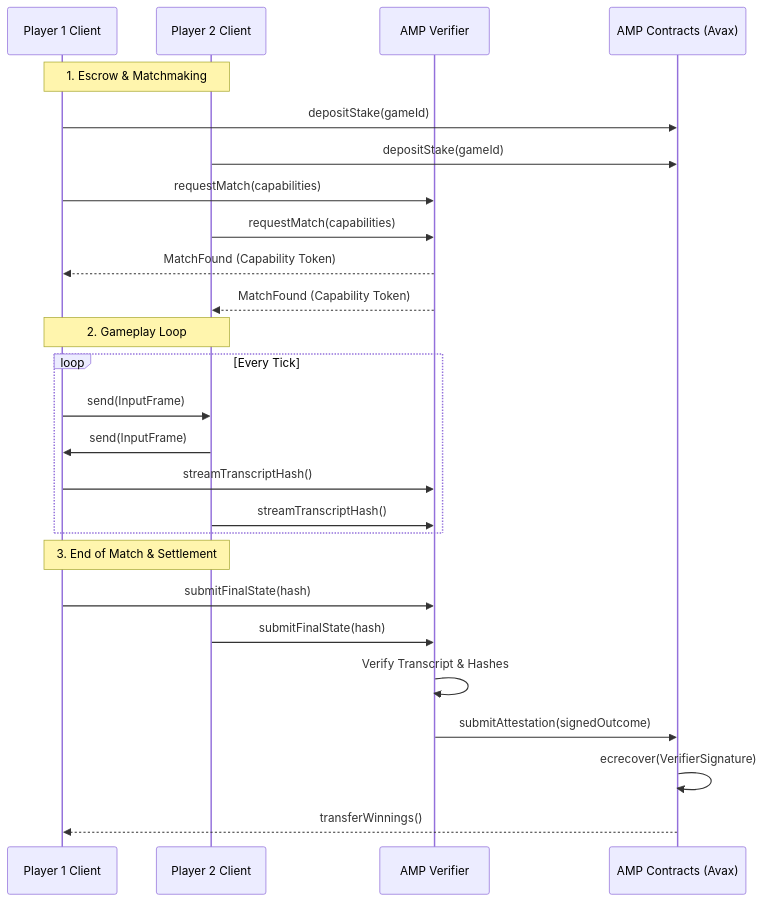
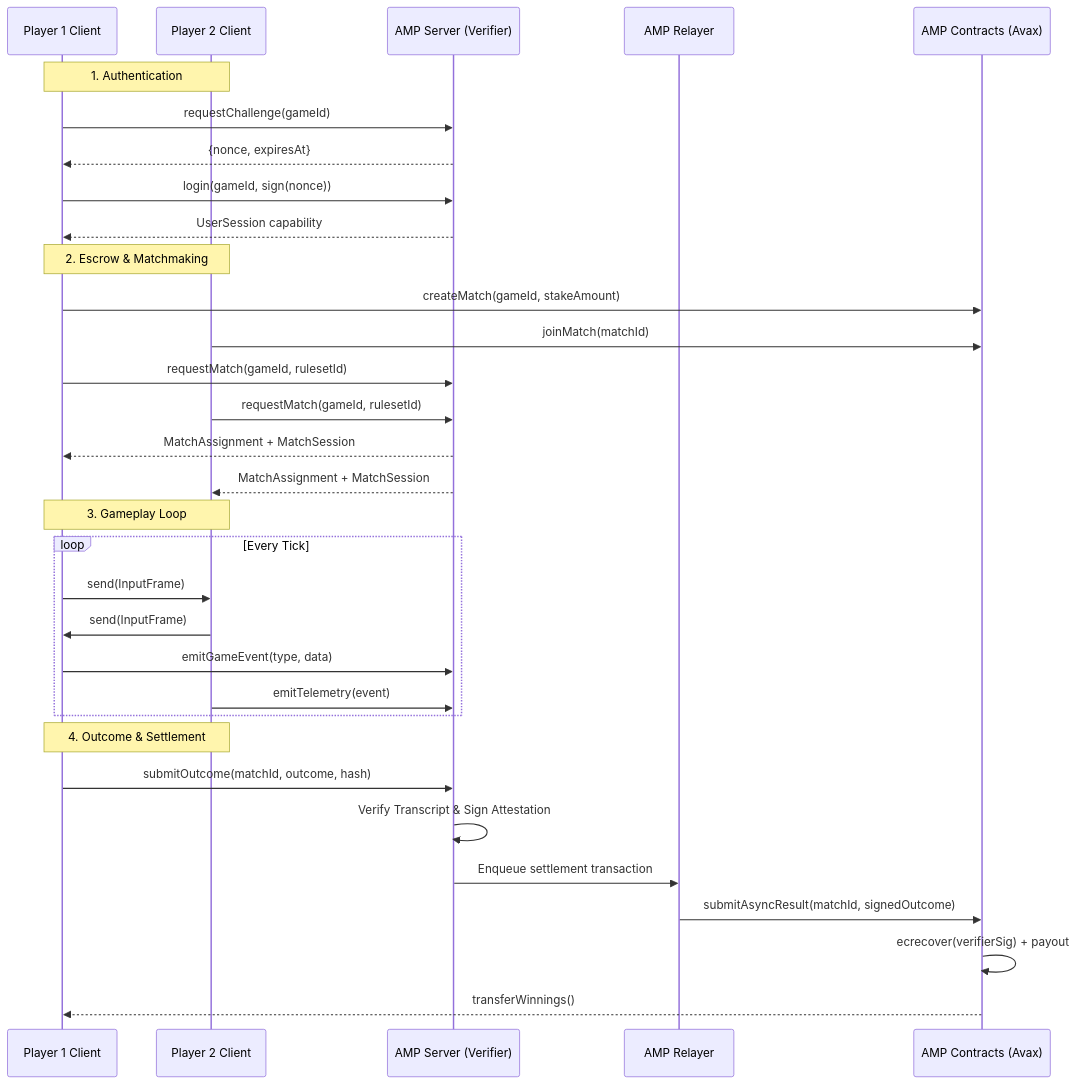
The diagram in docs/architecture.mdx (BradMyrick/Avalanche-Matchmaking-Protocol), drawn with Mermaid before and after one commit. The commit also changed other lines of this file and 19 other files, not shown here.

First line of the commit message:
Enhance AMP Documentation and Architecture

````diff
--- a/docs/architecture.mdx
+++ b/docs/architecture.mdx
@@ -56,33 +71,38 @@
 ```mermaid
 sequenceDiagram
     participant P1 as Player 1 Client
     participant P2 as Player 2 Client
-    participant V as AMP Verifier
+    participant V as AMP Server (Verifier)
+    participant R as AMP Relayer
     participant C as AMP Contracts (Avax)
 
-    Note over P1, P2: 1. Escrow & Matchmaking
-    P1->>C: depositStake(gameId)
-    P2->>C: depositStake(gameId)
-    P1->>V: requestMatch(capabilities)
-    P2->>V: requestMatch(capabilities)
-    V-->>P1: MatchFound (Capability Token)
-    V-->>P2: MatchFound (Capability Token)
+    Note over P1, P2: 1. Authentication
+    P1->>V: requestChallenge(gameId)
+    V-->>P1: {nonce, expiresAt}
+    P1->>V: login(gameId, sign(nonce))
+    V-->>P1: UserSession capability
 
-    Note over P1, P2: 2. Gameplay Loop
+    Note over P1, P2: 2. Escrow & Matchmaking
+    P1->>C: createMatch(gameId, stakeAmount)
+    P2->>C: joinMatch(matchId)
+    P1->>V: requestMatch(gameId, rulesetId)
+    P2->>V: requestMatch(gameId, rulesetId)
+    V-->>P1: MatchAssignment + MatchSession
+    V-->>P2: MatchAssignment + MatchSession
+
+    Note over P1, P2: 3. Gameplay Loop
     loop Every Tick
         P1->>P2: send(InputFrame)
         P2->>P1: send(InputFrame)
-        P1->>V: streamTranscriptHash()
-        P2->>V: streamTranscriptHash()
+        P1->>V: emitGameEvent(type, data)
+        P2->>V: emitTelemetry(event)
     end
 
-    Note over P1, P2: 3. End of Match & Settlement
-    P1->>V: submitFinalState(hash)
-    P2->>V: submitFinalState(hash)
-    
-    V->>V: Verify Transcript & Hashes
-    V->>C: submitAttestation(signedOutcome)
-    
-    C->>C: ecrecover(VerifierSignature)
+    Note over P1, P2: 4. Outcome & Settlement
+    P1->>V: submitOutcome(matchId, outcome, hash)
+    V->>V: Verify Transcript & Sign Attestation
+    V->>R: Enqueue settlement transaction
+    R->>C: submitAsyncResult(matchId, signedOutcome)
+    C->>C: ecrecover(verifierSig) + payout
     C-->>P1: transferWinnings()
 ```
````
